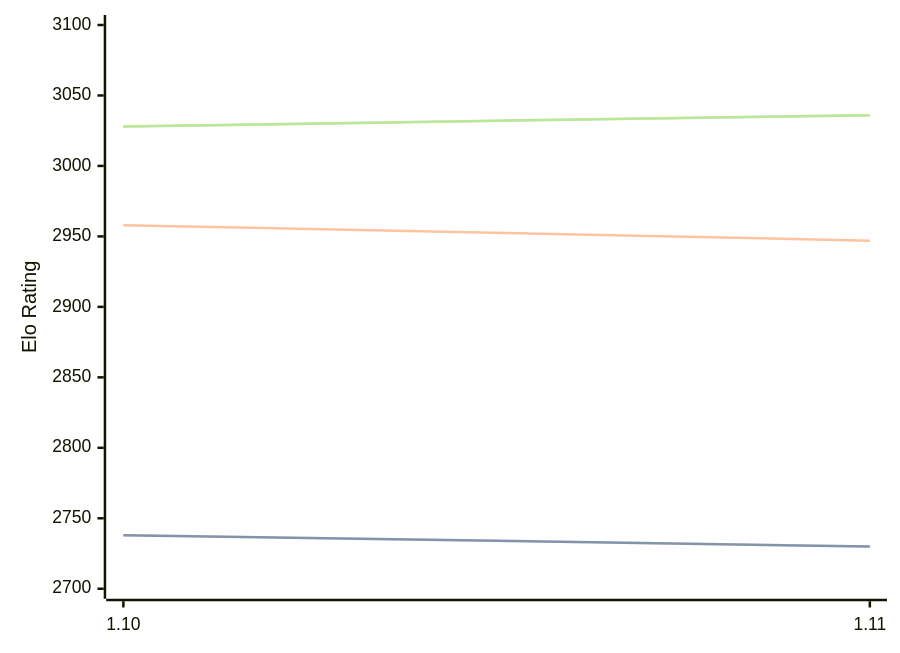
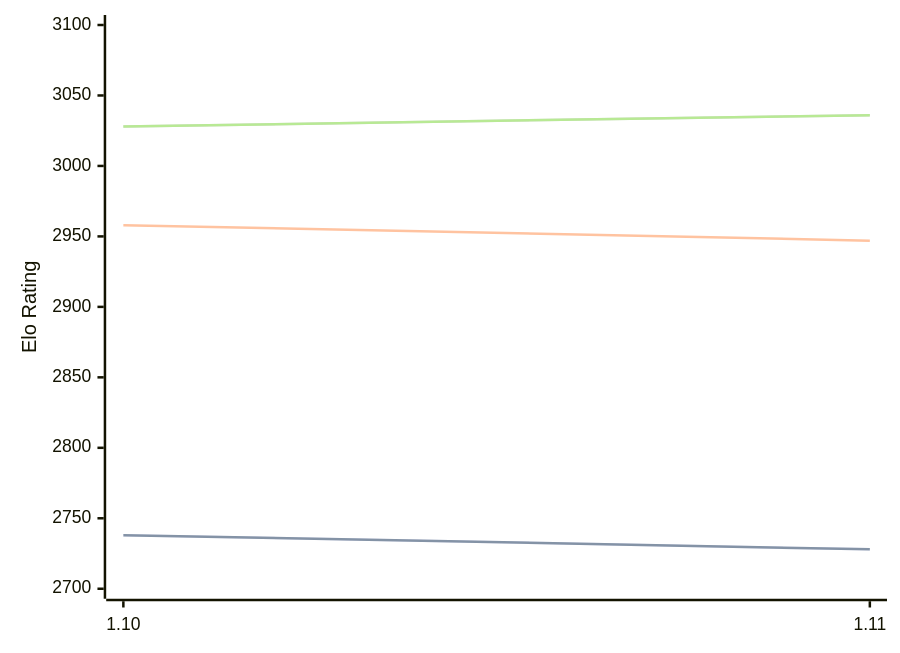
Before and after one commit to computer-chess-index/cci: the diagram in engines/Roc.md, drawn with Mermaid. The commit also changed other lines of this file, not shown here.

````diff
--- a/engines/Roc.md
+++ b/engines/Roc.md
@@ -42,11 +42,11 @@
 ```mermaid
 %%{init: {"theme":"base","themeVariables":{"seriesColors:['#a3a3a3','#222221','#faa371']}}}%%
 xychart-beta
   x-axis ["1.10", "1.11"]
   y-axis "Elo Rating" 2700 --> 3100
-  line "" [2738, 2730]
-  line "STC (8.0+0.08s)" [2738, 2730]
+  line "" [2738, 2728]
+  line "STC (8.0+0.08s)" [2738, 2728]
   line "LTC (60.0+0.60s)" [2958, 2947]
   line "" [3028, 3036]
   line "VLTC (2m24s+1.12s)" [3028, 3036]
 ```
````
